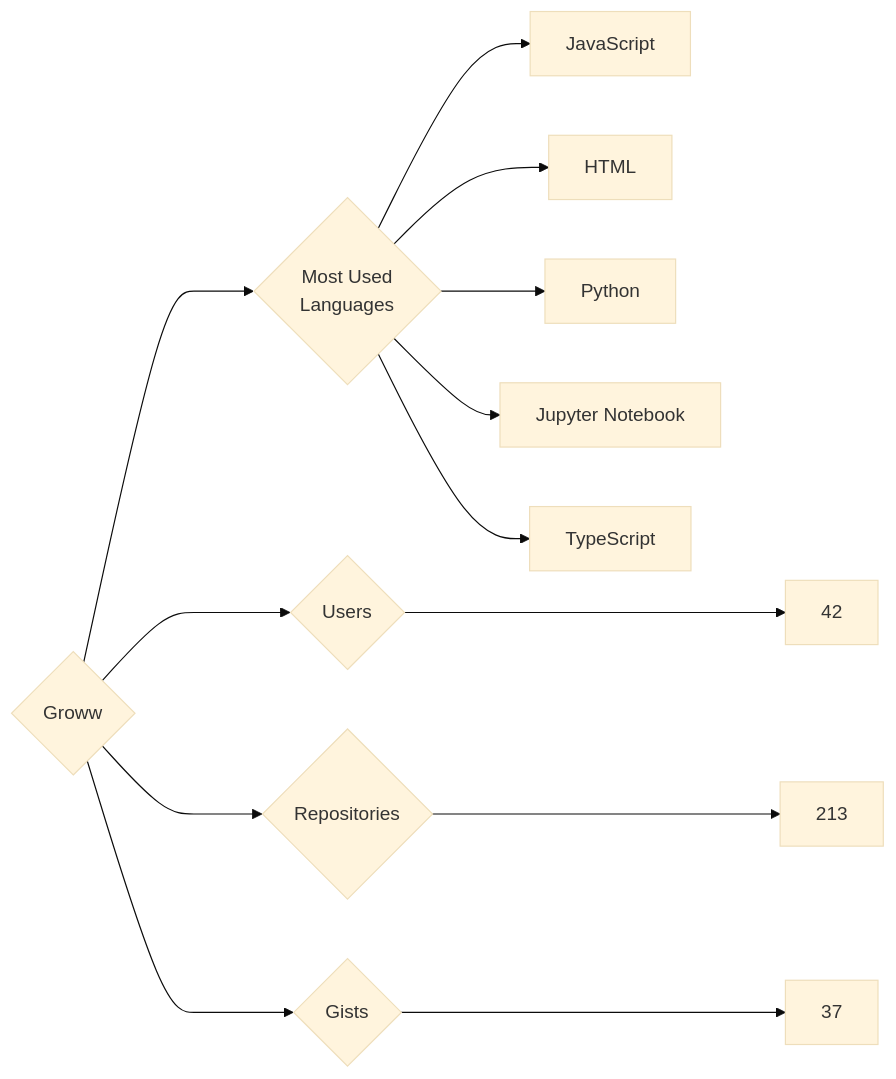
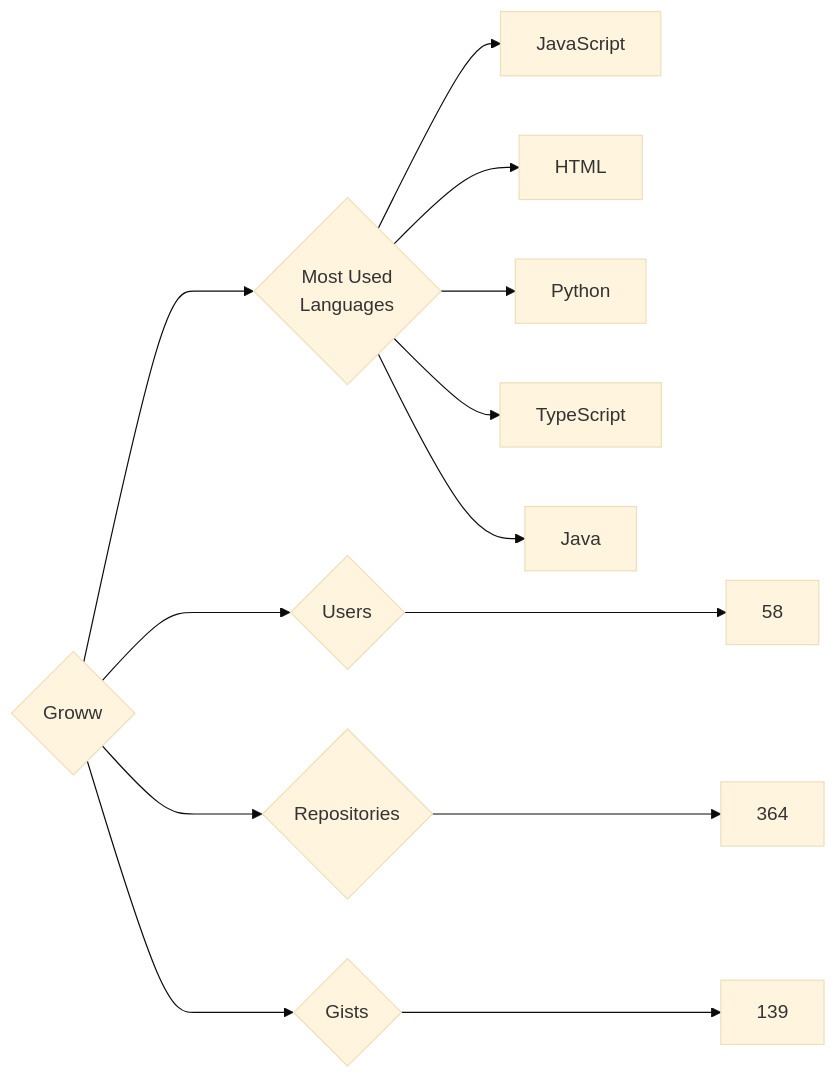
Before and after one commit to trickest/insiders: the diagram in targets/Groww/README.md, drawn with Mermaid (base theme). The commit also changed 681 other files, not shown here.

````diff
--- a/targets/Groww/README.md
+++ b/targets/Groww/README.md
@@ -3,13 +3,13 @@
 ```mermaid
 graph LR
 COMPANY_NAME{Groww}
-COMPANY_NAME ---> U{Users} ---> UN[42]
-COMPANY_NAME ---> R{Repositories} ---> RN[213]
-COMPANY_NAME ---> G{Gists} ---> GN[37]
+COMPANY_NAME ---> U{Users} ---> UN[58]
+COMPANY_NAME ---> R{Repositories} ---> RN[364]
+COMPANY_NAME ---> G{Gists} ---> GN[139]
 COMPANY_NAME ---> ML{Most Used<br>Languages}
 ML --> JavaScript[JavaScript]
 ML --> HTML[HTML]
 ML --> Python[Python]
-ML --> Jupyter_Notebook[Jupyter Notebook]
 ML --> TypeScript[TypeScript]
+ML --> Java[Java]
 ```
````
